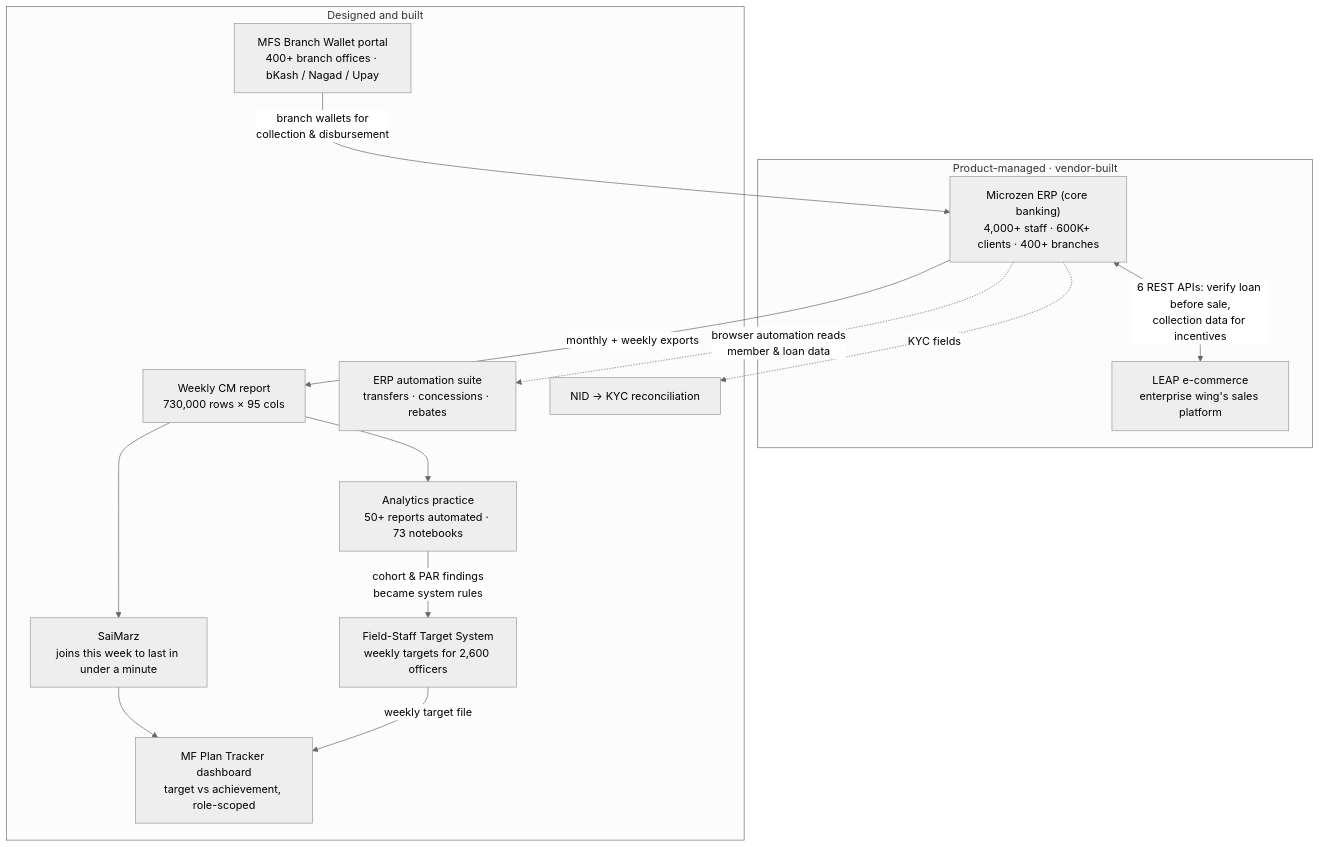
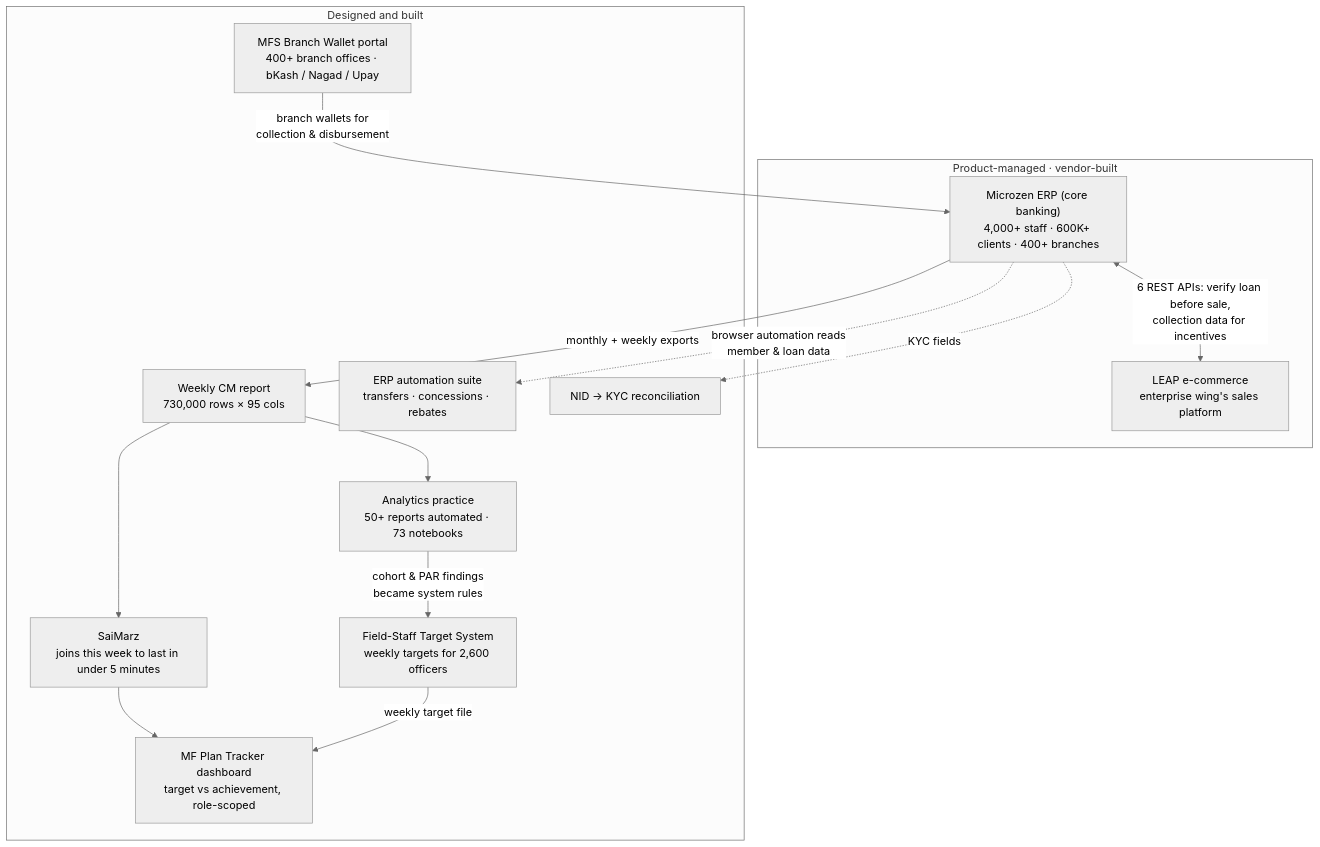
Before and after one commit to PabelHaque/PabelHaque: the diagram in README.md, drawn with Mermaid (neutral theme). The commit also changed other lines of this file, not shown here.

Commit message:
SaiMarz: under 5 minutes per merge

````diff
--- a/README.md
+++ b/README.md
@@ -31,28 +31,28 @@
 ```mermaid
 flowchart TB
     subgraph PM["Product-managed · vendor-built"]
         MZ["Microzen ERP (core banking)<br/>4,000+ staff · 600K+ clients · 400+ branches"]
         LEAP["LEAP e-commerce<br/>enterprise wing's sales platform"]
         MZ <-- "6 REST APIs: verify loan before sale,<br/>collection data for incentives" --> LEAP
     end
 
     subgraph BUILT["Designed and built"]
         CM["Weekly CM report<br/>730,000 rows × 95 cols"]
-        SM["SaiMarz<br/>joins this week to last in under a minute"]
+        SM["SaiMarz<br/>joins this week to last in under 5 minutes"]
         TS["Field-Staff Target System<br/>weekly targets for 2,600 officers"]
         BP["MF Plan Tracker dashboard<br/>target vs achievement, role-scoped"]
         MFS["MFS Branch Wallet portal<br/>400+ branch offices · bKash / Nagad / Upay"]
         AUTO["ERP automation suite<br/>transfers · concessions · rebates"]
         NID["NID → KYC reconciliation"]
         AN["Analytics practice<br/>50+ reports automated · 73 notebooks"]
     end
 
     MZ -- "monthly + weekly exports" --> CM
     CM --> SM --> BP
     CM --> AN
     TS -- "weekly target file" --> BP
     MZ -. "browser automation reads<br/>member & loan data" .-> AUTO
     MZ -. "KYC fields" .-> NID
     MFS -- "branch wallets for<br/>collection & disbursement" --> MZ
     AN -- "cohort & PAR findings<br/>became system rules" --> TS
 ```
````
